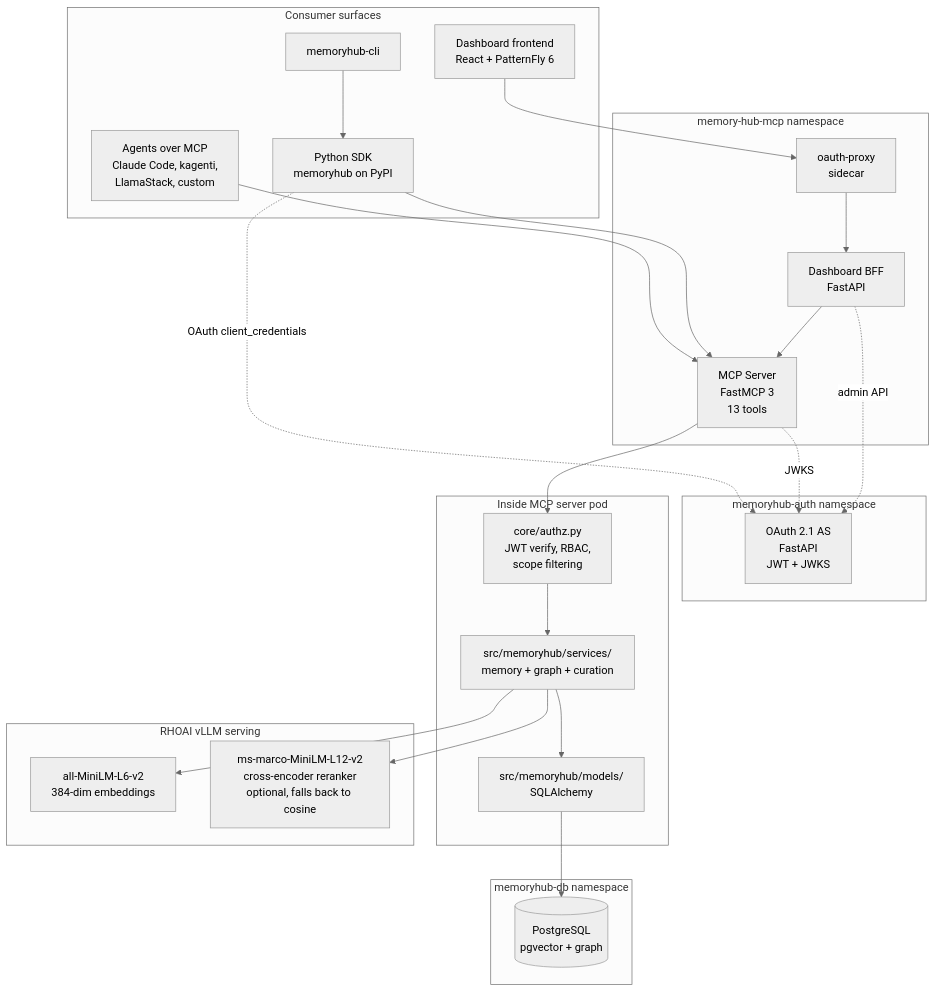
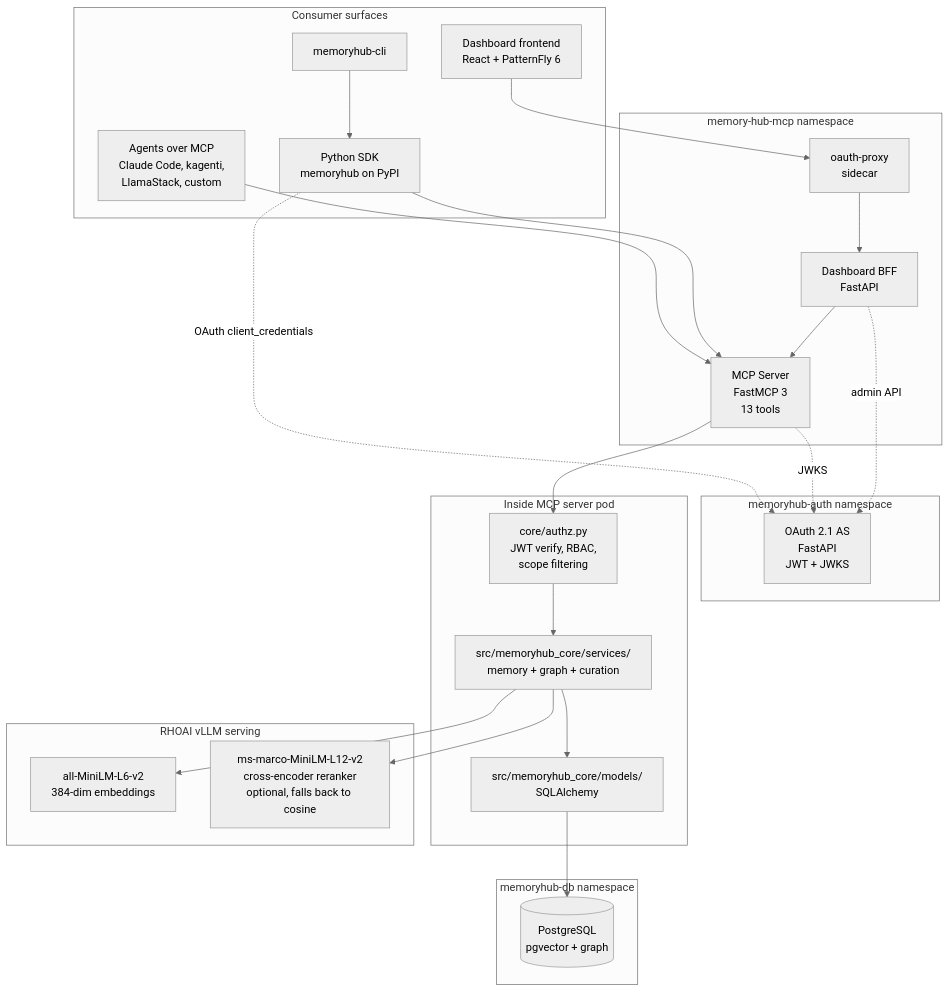
The first of 4 diagrams in docs/ARCHITECTURE.md (redhat-ai-americas/memory-hub), drawn with Mermaid (neutral theme) before and after one commit. The commit also changed other lines of this file and 66 other files, not shown here.

````diff
--- a/docs/ARCHITECTURE.md
+++ b/docs/ARCHITECTURE.md
@@ -9,51 +9,51 @@
 ```mermaid
 graph TB
     subgraph "Consumer surfaces"
         AGENT[Agents over MCP<br/>Claude Code, kagenti,<br/>LlamaStack, custom]
         SDK[Python SDK<br/>memoryhub on PyPI]
         CLI[memoryhub-cli]
         UI_FE[Dashboard frontend<br/>React + PatternFly 6]
     end
 
     subgraph "memory-hub-mcp namespace"
         MCP[MCP Server<br/>FastMCP 3<br/>13 tools]
         UI_BE[Dashboard BFF<br/>FastAPI]
         OAP[oauth-proxy<br/>sidecar]
     end
 
     subgraph "memoryhub-auth namespace"
         AUTH[OAuth 2.1 AS<br/>FastAPI<br/>JWT + JWKS]
     end
 
     subgraph "Inside MCP server pod"
         AUTHZ[core/authz.py<br/>JWT verify, RBAC,<br/>scope filtering]
-        SVC[src/memoryhub/services/<br/>memory + graph + curation]
-        MOD[src/memoryhub/models/<br/>SQLAlchemy]
+        SVC[src/memoryhub_core/services/<br/>memory + graph + curation]
+        MOD[src/memoryhub_core/models/<br/>SQLAlchemy]
     end
 
     subgraph "memoryhub-db namespace"
         PG[(PostgreSQL<br/>pgvector + graph)]
     end
 
     subgraph "RHOAI vLLM serving"
         EMB[all-MiniLM-L6-v2<br/>384-dim embeddings]
         RR[ms-marco-MiniLM-L12-v2<br/>cross-encoder reranker<br/>optional, falls back to cosine]
     end
 
     AGENT --> MCP
     SDK --> MCP
     CLI --> SDK
     UI_FE --> OAP --> UI_BE --> MCP
 
     SDK -. OAuth client_credentials .-> AUTH
     MCP -. JWKS .-> AUTH
     UI_BE -. admin API .-> AUTH
 
     MCP --> AUTHZ
     AUTHZ --> SVC
     SVC --> MOD
     MOD --> PG
 
     SVC --> EMB
     SVC --> RR
 ```
````
